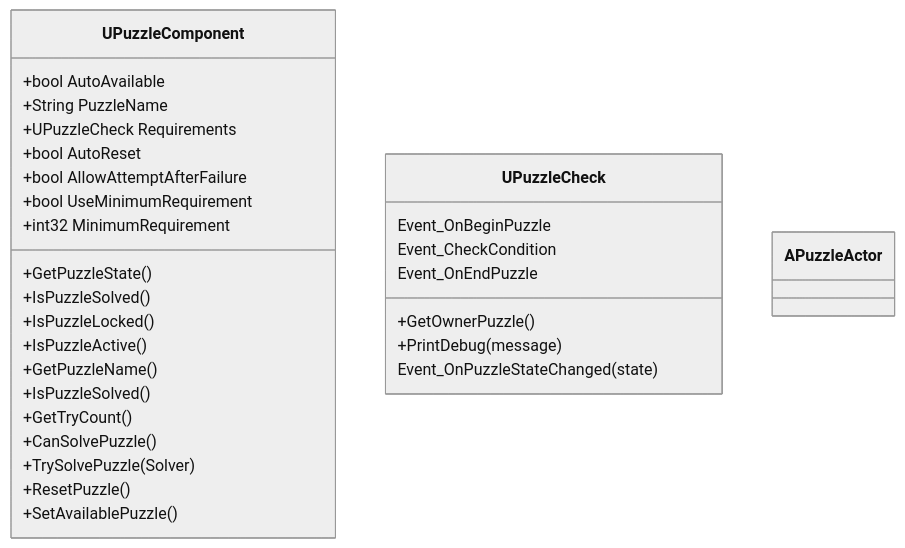
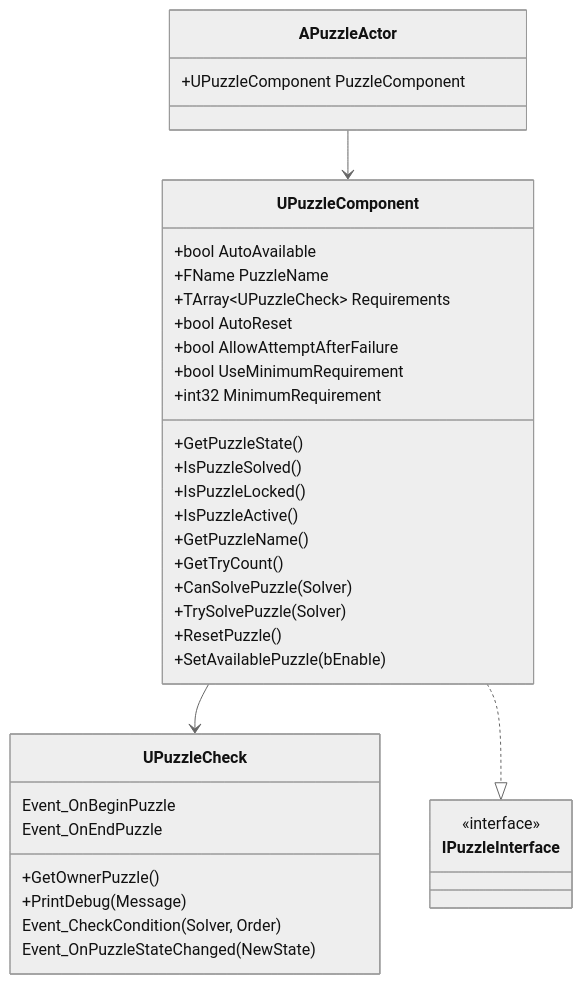
One commit to AliJimpa/PuzzleCore changed the first of 2 diagrams in README.md. Above: the diagram before and after it, drawn with Mermaid (neutral theme). The commit also changed other lines of this file, not shown here.

````diff
--- a/README.md
+++ b/README.md
@@ -19,32 +50,39 @@
 ```mermaid
 classDiagram
-    class UPuzzleComponent{
+    class UPuzzleComponent {
         +bool AutoAvailable
-        +String PuzzleName
-        +UPuzzleCheck Requirements
+        +FName PuzzleName
+        +TArray~UPuzzleCheck~ Requirements
         +bool AutoReset
         +bool AllowAttemptAfterFailure
         +bool UseMinimumRequirement
         +int32 MinimumRequirement
         +GetPuzzleState()
         +IsPuzzleSolved()
         +IsPuzzleLocked()
         +IsPuzzleActive()
         +GetPuzzleName()
-        +IsPuzzleSolved()
         +GetTryCount()
-        +CanSolvePuzzle()
+        +CanSolvePuzzle(Solver)
         +TrySolvePuzzle(Solver)
         +ResetPuzzle()
-        +SetAvailablePuzzle()
+        +SetAvailablePuzzle(bEnable)
     }
-    class UPuzzleCheck{
+    class UPuzzleCheck {
         +GetOwnerPuzzle()
-        +PrintDebug(message)
+        +PrintDebug(Message)
         Event_OnBeginPuzzle
-        Event_CheckCondition
+        Event_CheckCondition(Solver, Order)
         Event_OnEndPuzzle
-        Event_OnPuzzleStateChanged(state)
+        Event_OnPuzzleStateChanged(NewState)
     }
-    class APuzzleActor{}
+    class APuzzleActor {
+        +UPuzzleComponent PuzzleComponent
+    }
+    class IPuzzleInterface {
+        <<interface>>
+    }
+    APuzzleActor --> UPuzzleComponent
+    UPuzzleComponent --> UPuzzleCheck
+    UPuzzleComponent ..|> IPuzzleInterface
 ```
````
